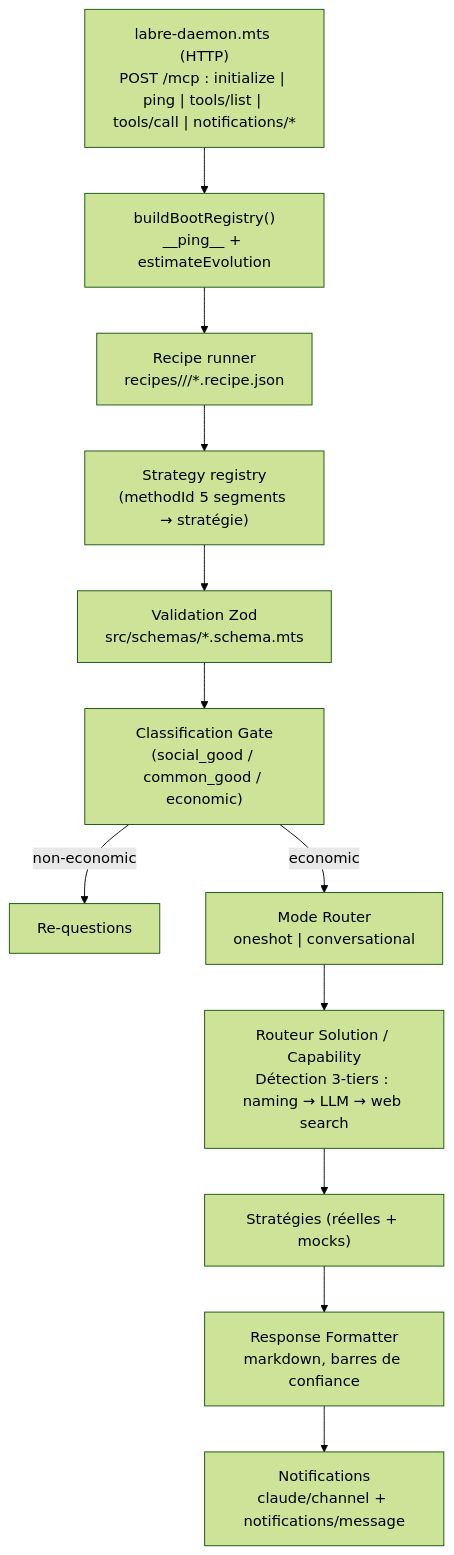
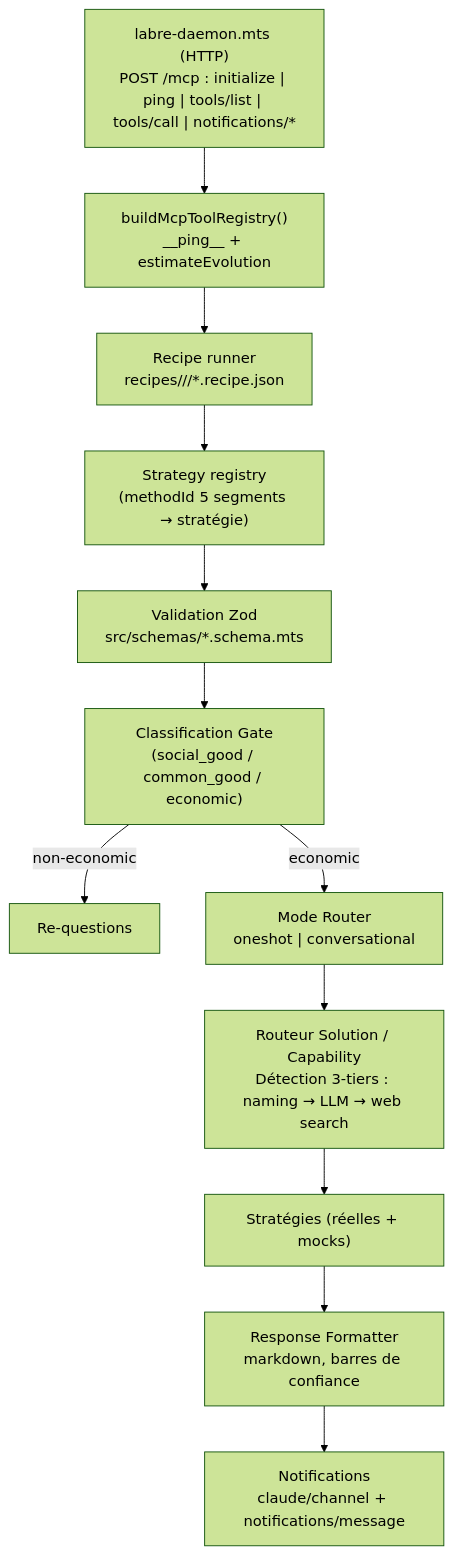
One commit to formicoidea/labre-mcp changed the first of 2 diagrams in docs/technical/architecture.md. Above: the diagram before and after it, drawn with Mermaid (forest theme). The commit also changed other lines of this file and 15 other files, not shown here.

````diff
--- a/docs/technical/architecture.md
+++ b/docs/technical/architecture.md
@@ -32,16 +32,16 @@
 ```mermaid
 flowchart TD
     Daemon["labre-daemon.mts (HTTP)\nPOST /mcp : initialize | ping | tools/list | tools/call | notifications/*"]
-    Daemon --> Tools["buildBootRegistry()\n__ping__ + estimateEvolution"]
+    Daemon --> Tools["buildMcpToolRegistry()\n__ping__ + estimateEvolution"]
     Tools --> Recipe["Recipe runner\nrecipes/<domain>/<tool>/*.recipe.json"]
     Recipe --> Reg["Strategy registry\n(methodId 5 segments → stratégie)"]
 
     Reg --> Zod["Validation Zod\nsrc/schemas/*.schema.mts"]
     Zod --> CG["Classification Gate\n(social_good / common_good / economic)"]
     CG -->|"non-economic"| RQ["Re-questions"]
     CG -->|"economic"| MR["Mode Router\noneshot | conversational"]
     MR --> SCR["Routeur Solution / Capability\nDétection 3-tiers : naming → LLM → web search"]
     SCR --> Strat["Stratégies (réelles + mocks)"]
     Strat --> RF["Response Formatter\nmarkdown, barres de confiance"]
     RF --> N["Notifications\nclaude/channel + notifications/message"]
 ```
````
